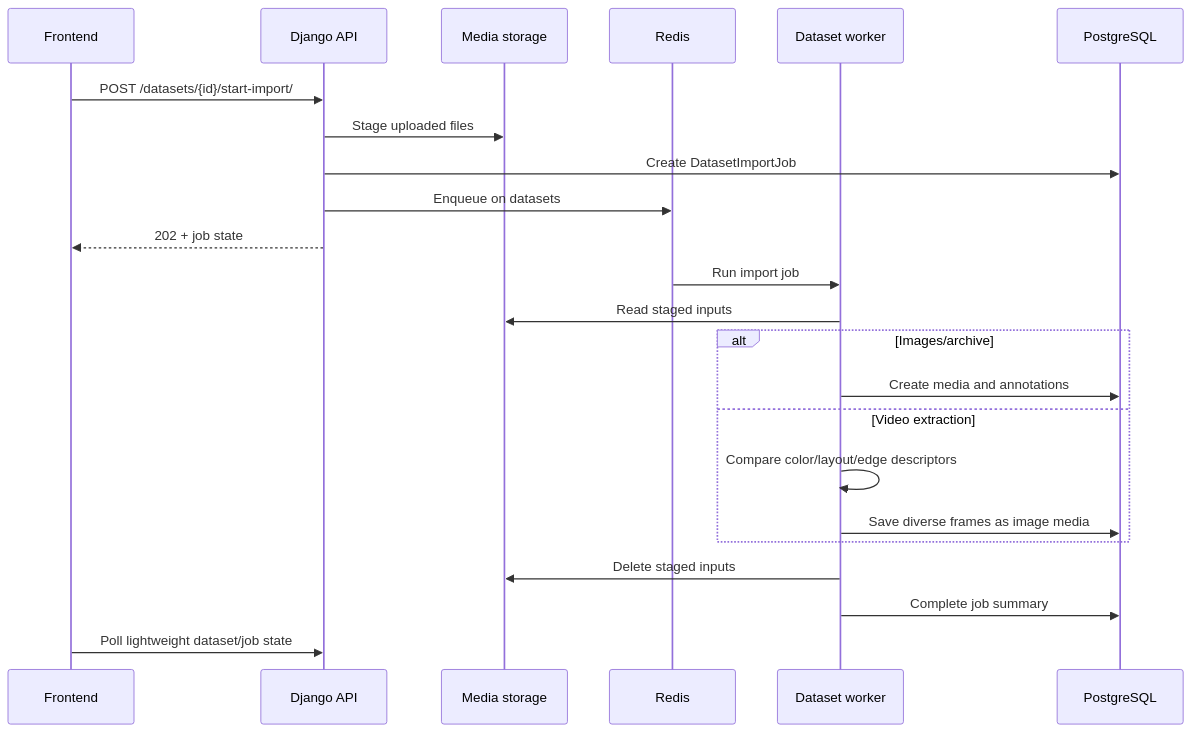
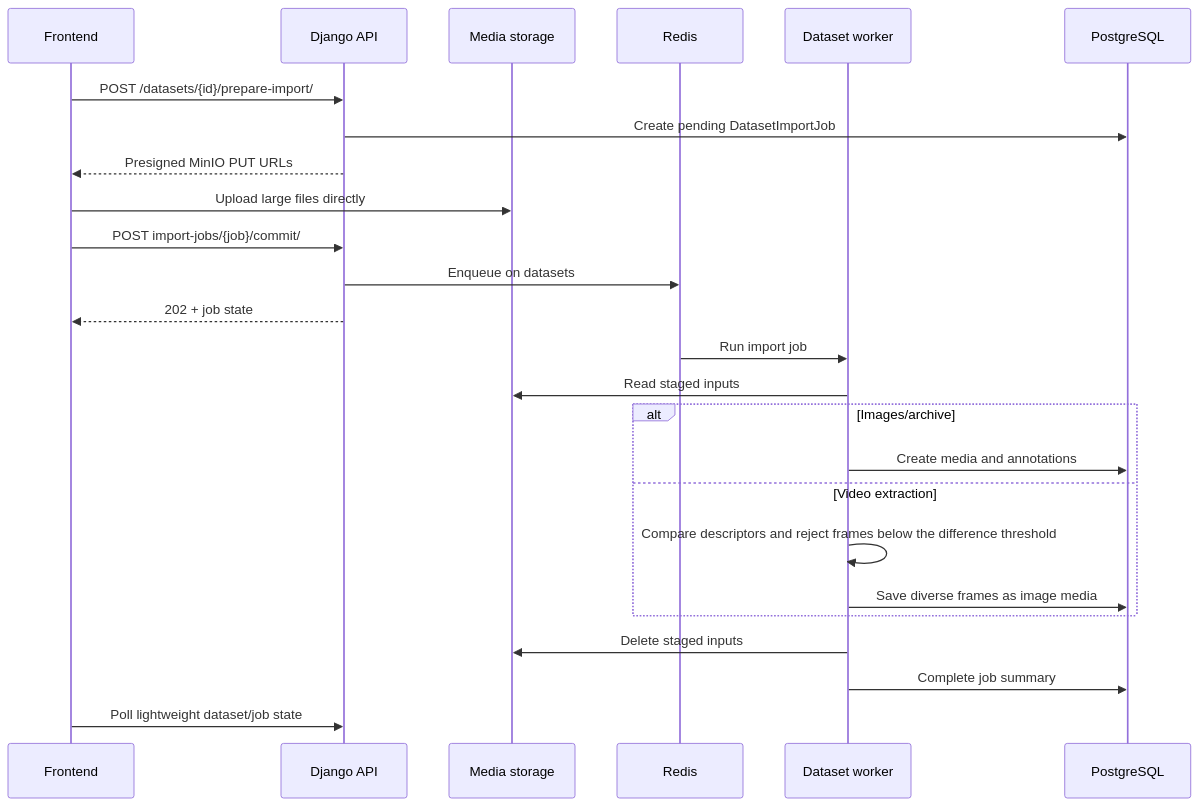
The third of 5 diagrams in docs/ARCHITECTURE_DIAGRAMS.md (the-visiox/visiox), drawn with Mermaid before and after one commit. The commit also changed 7 other files, not shown here.

Commit message:
feat(video-extraction): add min_frame_difference parameter and enhance video selection logic

````diff
--- a/docs/ARCHITECTURE_DIAGRAMS.md
+++ b/docs/ARCHITECTURE_DIAGRAMS.md
@@ -56,26 +56,28 @@
 ```mermaid
 sequenceDiagram
     participant UI as Frontend
     participant API as Django API
     participant Store as Media storage
     participant Queue as Redis
     participant Worker as Dataset worker
     participant DB as PostgreSQL
 
-    UI->>API: POST /datasets/{id}/start-import/
-    API->>Store: Stage uploaded files
-    API->>DB: Create DatasetImportJob
+    UI->>API: POST /datasets/{id}/prepare-import/
+    API->>DB: Create pending DatasetImportJob
+    API-->>UI: Presigned MinIO PUT URLs
+    UI->>Store: Upload large files directly
+    UI->>API: POST import-jobs/{job}/commit/
     API->>Queue: Enqueue on datasets
     API-->>UI: 202 + job state
     Queue->>Worker: Run import job
     Worker->>Store: Read staged inputs
     alt Images/archive
         Worker->>DB: Create media and annotations
     else Video extraction
-        Worker->>Worker: Compare color/layout/edge descriptors
+        Worker->>Worker: Compare descriptors and reject frames below the difference threshold
         Worker->>DB: Save diverse frames as image media
     end
     Worker->>Store: Delete staged inputs
     Worker->>DB: Complete job summary
     UI->>API: Poll lightweight dataset/job state
 ```
````
